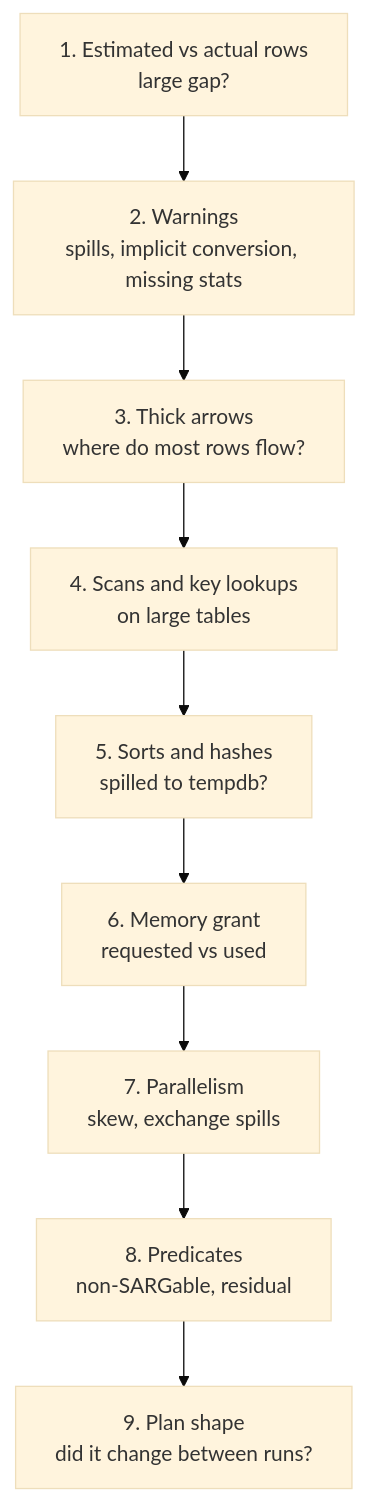
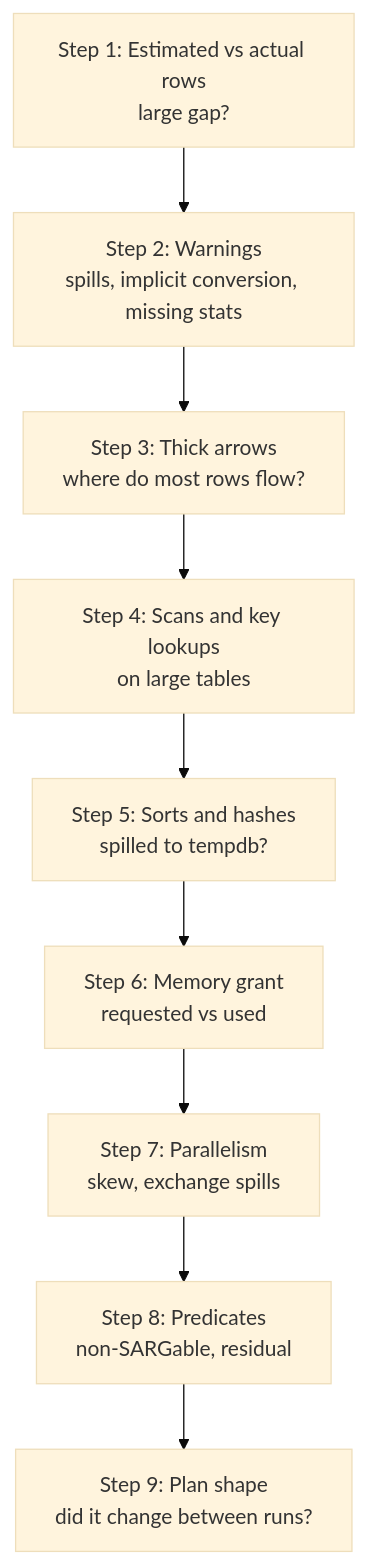
The third of 5 diagrams in 17-database-performance-optimization/03-finding-and-fixing-database-performance-issues.md (copaliwal/software-architecture-learning), drawn with Mermaid (base theme) before and after one commit. The commit also changed other lines of this file and 2 other files, not shown here.

Commit message:
Clarify flowchart steps in webhook and messaging patterns documentation for improved readability

````diff
--- a/17-database-performance-optimization/03-finding-and-fixing-database-performance-issues.md
+++ b/17-database-performance-optimization/03-finding-and-fixing-database-performance-issues.md
@@ -679,11 +679,11 @@
 ```mermaid
 flowchart TD
-    A["1. Estimated vs actual rows<br/>large gap?"] --> B["2. Warnings<br/>spills, implicit conversion, missing stats"]
-    B --> C["3. Thick arrows<br/>where do most rows flow?"]
-    C --> D["4. Scans and key lookups<br/>on large tables"]
-    D --> E["5. Sorts and hashes<br/>spilled to tempdb?"]
-    E --> F["6. Memory grant<br/>requested vs used"]
-    F --> G["7. Parallelism<br/>skew, exchange spills"]
-    G --> H["8. Predicates<br/>non-SARGable, residual"]
-    H --> I["9. Plan shape<br/>did it change between runs?"]
+    A["Step 1: Estimated vs actual rows<br/>large gap?"] --> B["Step 2: Warnings<br/>spills, implicit conversion, missing stats"]
+    B --> C["Step 3: Thick arrows<br/>where do most rows flow?"]
+    C --> D["Step 4: Scans and key lookups<br/>on large tables"]
+    D --> E["Step 5: Sorts and hashes<br/>spilled to tempdb?"]
+    E --> F["Step 6: Memory grant<br/>requested vs used"]
+    F --> G["Step 7: Parallelism<br/>skew, exchange spills"]
+    G --> H["Step 8: Predicates<br/>non-SARGable, residual"]
+    H --> I["Step 9: Plan shape<br/>did it change between runs?"]
 ```
````
